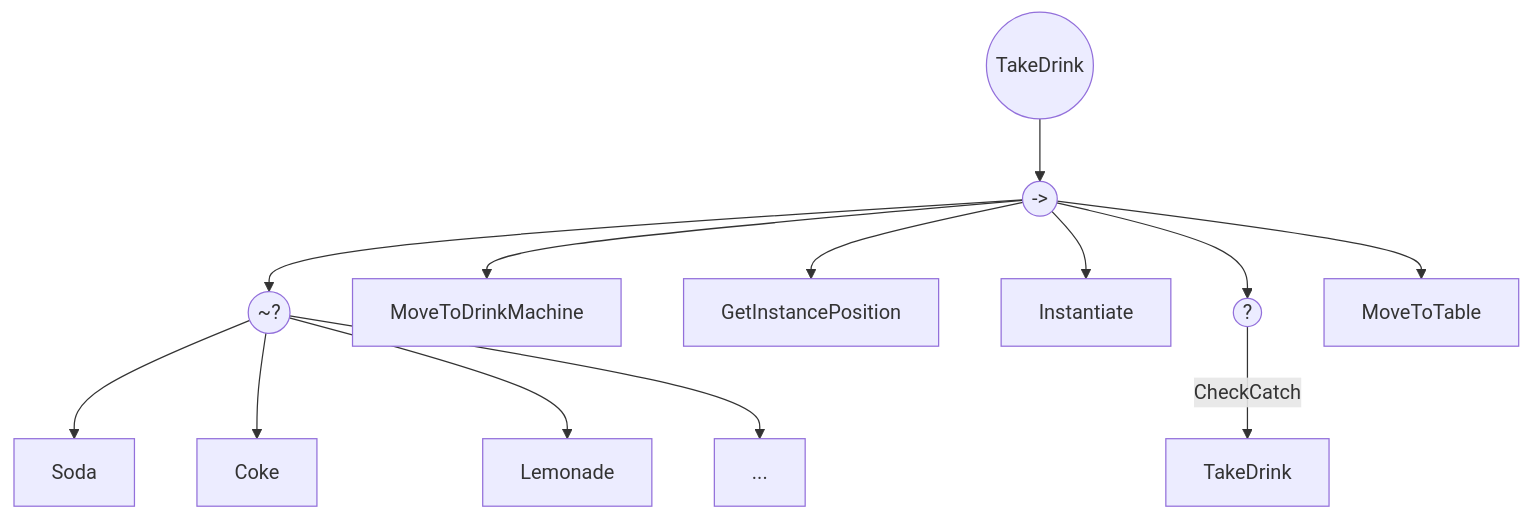
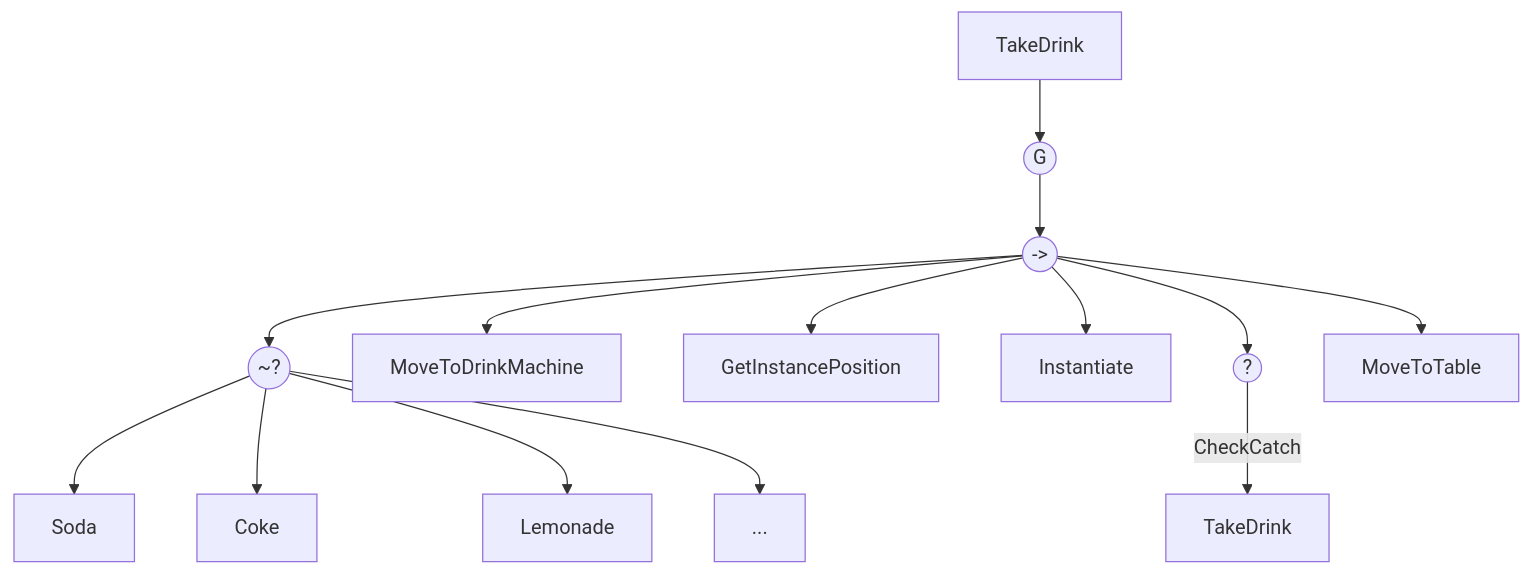
Before and after one commit to LauraWangQiu/IAV24-WangQiu: the third of 5 diagrams in README.md, drawn with Mermaid. The commit also changed other lines of this file and 1 other file, not shown here.

````diff
--- a/README.md
+++ b/README.md
@@ -96,15 +97,16 @@
 ```mermaid
 flowchart TD
-    A(("TakeDrink")) --> B(("->"))
+    Z[TakeDrink] -->A
+    A(("G")) --> B(("->"))
     B -->C(("~?"))
     C -->D[Soda]
     C -->E[Coke]
     C -->F[Lemonade]
     C -->G[...]
     B -->H[MoveToDrinkMachine]
     B -->I[GetInstancePosition]
     B -->J[Instantiate]
     B -->K(("?"))
     K -->|CheckCatch| L[TakeDrink]
     B -->M[MoveToTable]
 ```
````
